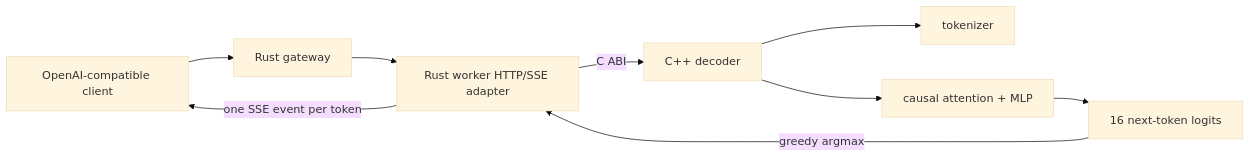
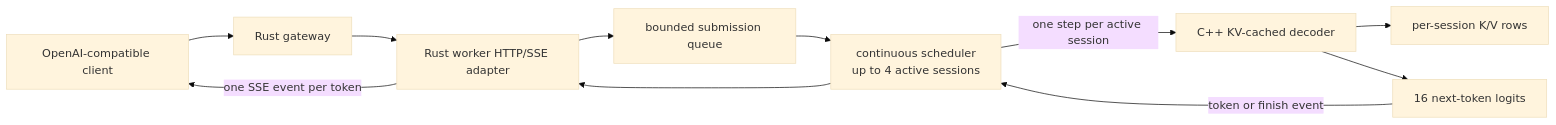
Before and after one commit to conan505/inferLab: the diagram in README.md, drawn with Mermaid (base theme). The commit also changed other lines of this file and 42 other files, not shown here.

````diff
--- a/README.md
+++ b/README.md
@@ -14,11 +14,13 @@
 ```mermaid
 flowchart LR
     C["OpenAI-compatible client"] --> G["Rust gateway"]
     G --> H["Rust worker HTTP/SSE adapter"]
-    H -->|"C ABI"| D["C++ decoder"]
-    D --> T["tokenizer"]
-    D --> A["causal attention + MLP"]
-    A --> L["16 next-token logits"]
-    L -->|"greedy argmax"| H
+    H --> Q["bounded submission queue"]
+    Q --> S["continuous scheduler<br/>up to 4 active sessions"]
+    S -->|"one step per active session"| D["C++ KV-cached decoder"]
+    D --> K["per-session K/V rows"]
+    D --> L["16 next-token logits"]
+    L -->|"token or finish event"| S
+    S --> H
     H -->|"one SSE event per token"| C
 ```
````
